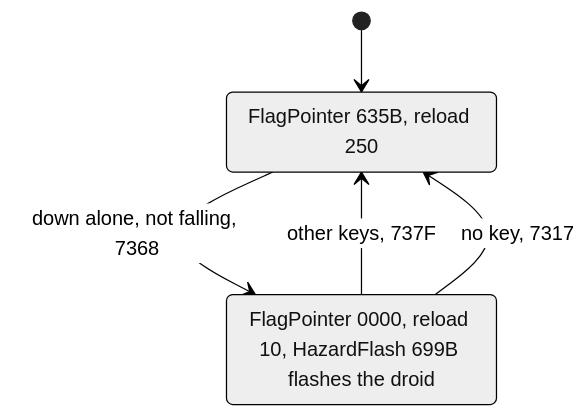
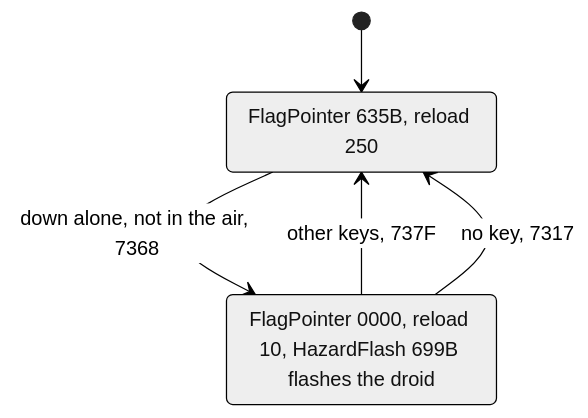
One commit to alfishe/unrealng-reverse-cases changed the ninth of 10 diagrams in games/tujad/docs/05-controls.md. Above: the diagram before and after it, drawn with Mermaid (neutral theme). The commit also changed other lines of this file and 44 other files, not shown here.

````diff
--- a/games/tujad/docs/05-controls.md
+++ b/games/tujad/docs/05-controls.md
@@ -879,9 +899,9 @@
 ```mermaid
 stateDiagram-v2
     [*] --> Normal
-    Normal --> Shield: down alone, not falling, 7368
+    Normal --> Shield: down alone, not in the air, 7368
     Shield --> Normal: other keys, 737F
     Shield --> Normal: no key, 7317
     Normal: FlagPointer 635B, reload 250
     Shield: FlagPointer 0000, reload 10, HazardFlash 699B flashes the droid
 ```
````
